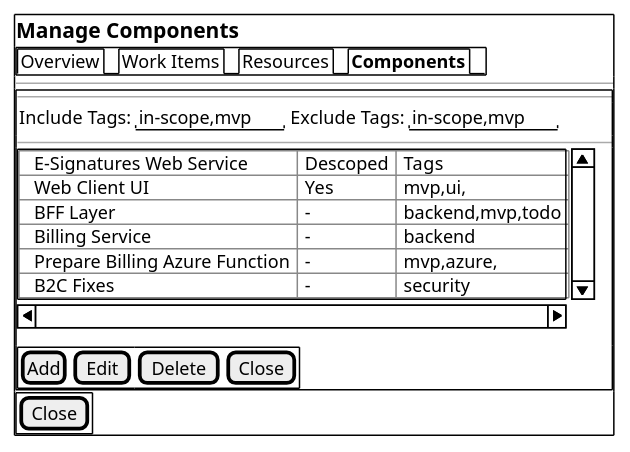
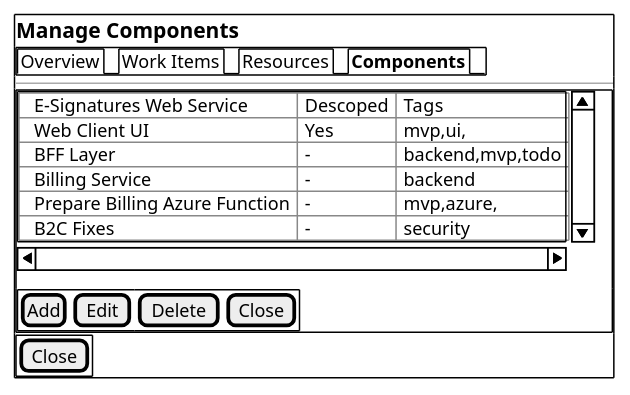
Before and after one commit to bobbyache/EffortEstimator: the diagram in docs/screens/manage-components.plantuml, drawn with PlantUML. The commit also changed 7 other files, not shown here.

```diff
--- a/docs/screens/manage-components.plantuml
+++ b/docs/screens/manage-components.plantuml
@@ -1,35 +1,30 @@
 @startsalt "Manage Components"
 
     {+
         == Manage Components
         {+
             {/ Overview | Work Items | Resources | <b>Components }
         }
         ---
         {+
-            ---
-            {
-                Include Tags: | "in-scope,mvp" | Exclude Tags: | "in-scope,mvp" | 
-            }
-            ---
             {S
                 {T#
                     +E-Signatures Web Service | Descoped | Tags
                     +Web Client UI | Yes | mvp,ui,
                     +BFF Layer | - | backend,mvp,todo
                     +Billing Service | - | backend
                     +Prepare Billing Azure Function | - | mvp,azure,
                     +B2C Fixes | - | security
                 }
             }
 
             {+
                 [Add] | [Edit] | [Delete] | [Close]
             }
         }
 
         {+
             [Close]
         }
     }
 @endsalt
```
